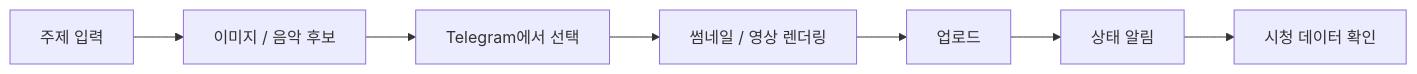
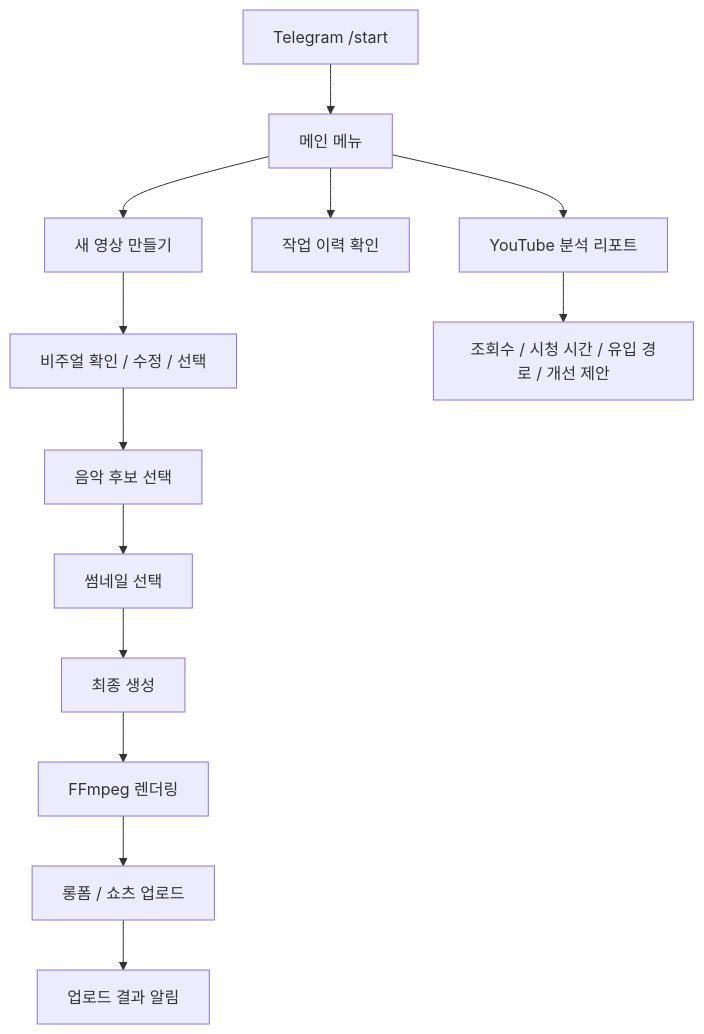
Before and after one commit to arnold6444/leaflyze-project-summaries: the diagram in docs/youtube-automation-system.md, drawn with Mermaid. The commit also changed other lines of this file, not shown here.

Commit message:
Update YouTube automation workflow summary

````diff
--- a/docs/youtube-automation-system.md
+++ b/docs/youtube-automation-system.md
@@ -23,9 +24,15 @@
 ```mermaid
-flowchart LR
-    A[주제 입력] --> B[이미지 / 음악 후보]
-    B --> C[Telegram에서 선택]
-    C --> D[썸네일 / 영상 렌더링]
-    D --> E[업로드]
-    E --> F[상태 알림]
-    F --> G[시청 데이터 확인]
+flowchart TD
+    A["Telegram /start"] --> B["메인 메뉴"]
+    B --> C["새 영상 만들기"]
+    B --> D["작업 이력 확인"]
+    B --> E["YouTube 분석 리포트"]
+    C --> F["비주얼 확인 / 수정 / 선택"]
+    F --> G["음악 후보 선택"]
+    G --> H["썸네일 선택"]
+    H --> I["최종 생성"]
+    I --> J["FFmpeg 렌더링"]
+    J --> K["롱폼 / 쇼츠 업로드"]
+    K --> L["업로드 결과 알림"]
+    E --> M["조회수 / 시청 시간 / 유입 경로 / 개선 제안"]
 ```
````
